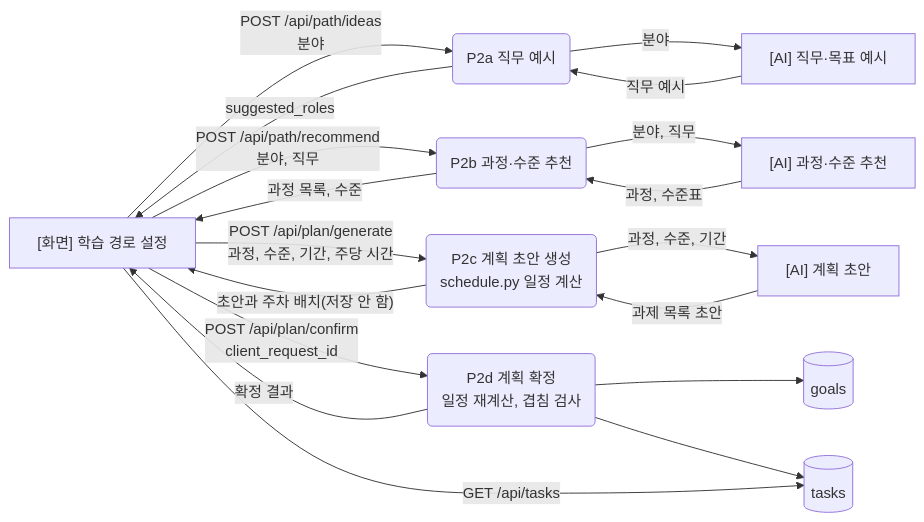
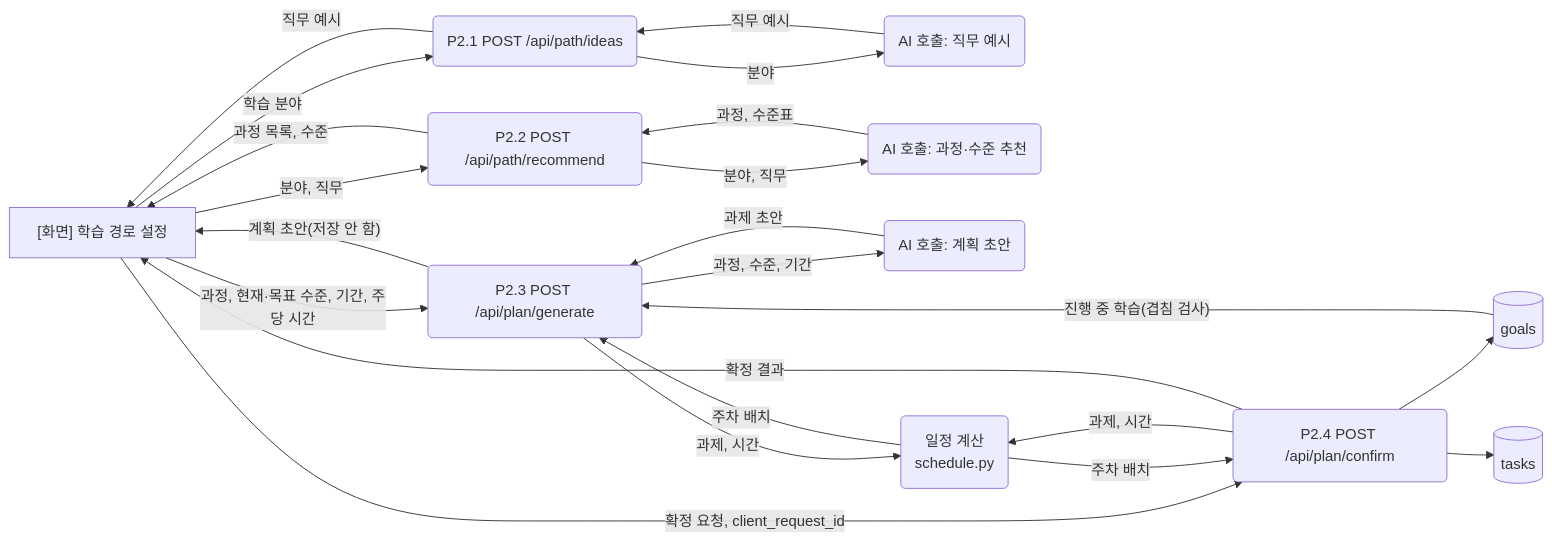
Before and after one commit to yong05610/ai-n-fprj: the fifth of 12 diagrams in docs/architecture_dfd.md, drawn with Mermaid. The commit also changed other lines of this file, not shown here.

Commit message:
docs: DFD level 1 redrawn per API function (process per API), terminals are screens only, no terminal-terminal or terminal-store flows

````diff
--- a/docs/architecture_dfd.md
+++ b/docs/architecture_dfd.md
@@ -225,31 +192,36 @@
 ```mermaid
 flowchart LR
     S["[화면] 학습 경로 설정"]
-    A1["[AI] 직무·목표 예시"]
-    A2["[AI] 과정·수준 추천"]
-    A3["[AI] 계획 초안"]
-    P2a("P2a 직무 예시")
-    P2b("P2b 과정·수준 추천")
-    P2c("P2c 계획 초안 생성<br/>schedule.py 일정 계산")
-    P2d("P2d 계획 확정<br/>일정 재계산, 겹침 검사")
-    D2[("goals")]
-    D3[("tasks")]
+    P21("P2.1 POST /api/path/ideas")
+    P22("P2.2 POST /api/path/recommend")
+    P23("P2.3 POST /api/plan/generate")
+    P24("P2.4 POST /api/plan/confirm")
+    A1("AI 호출: 직무 예시")
+    A2("AI 호출: 과정·수준 추천")
+    A3("AI 호출: 계획 초안")
+    SH("일정 계산<br/>schedule.py")
+    DG[("goals")]
+    DT[("tasks")]
 
-    S -->|"POST /api/path/ideas<br/>분야"| P2a
-    P2a -->|"분야"| A1
-    A1 -->|"직무 예시"| P2a
-    P2a -->|"suggested_roles"| S
-    S -->|"POST /api/path/recommend<br/>분야, 직무"| P2b
-    P2b -->|"분야, 직무"| A2
-    A2 -->|"과정, 수준표"| P2b
-    P2b -->|"과정 목록, 수준"| S
-    S -->|"POST /api/plan/generate<br/>과정, 수준, 기간, 주당 시간"| P2c
-    P2c -->|"과정, 수준, 기간"| A3
-    A3 -->|"과제 목록 초안"| P2c
-    P2c -->|"초안과 주차 배치(저장 안 함)"| S
-    S -->|"POST /api/plan/confirm<br/>client_request_id"| P2d
-    P2d --> D2
-    P2d --> D3
-    P2d -->|"확정 결과"| S
-    S -->|"GET /api/tasks"| D3
+    S -->|"학습 분야"| P21
+    P21 -->|"분야"| A1
+    A1 -->|"직무 예시"| P21
+    P21 -->|"직무 예시"| S
+    S -->|"분야, 직무"| P22
+    P22 -->|"분야, 직무"| A2
+    A2 -->|"과정, 수준표"| P22
+    P22 -->|"과정 목록, 수준"| S
+    S -->|"과정, 현재·목표 수준, 기간, 주당 시간"| P23
+    DG -->|"진행 중 학습(겹침 검사)"| P23
+    P23 -->|"과정, 수준, 기간"| A3
+    A3 -->|"과제 초안"| P23
+    P23 -->|"과제, 시간"| SH
+    SH -->|"주차 배치"| P23
+    P23 -->|"계획 초안(저장 안 함)"| S
+    S -->|"확정 요청, client_request_id"| P24
+    P24 -->|"과제, 시간"| SH
+    SH -->|"주차 배치"| P24
+    P24 --> DG
+    P24 --> DT
+    P24 -->|"확정 결과"| S
 ```
````
